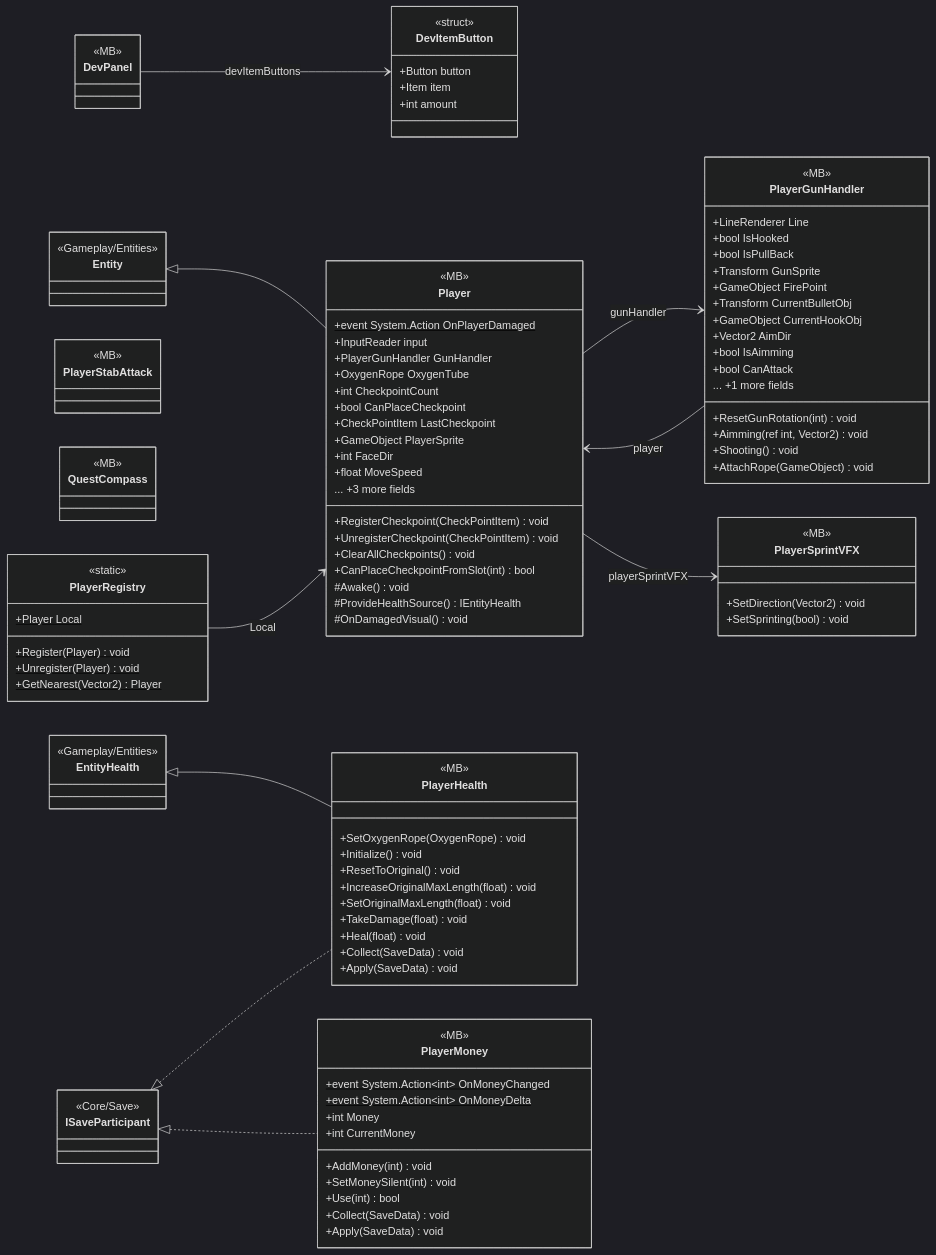
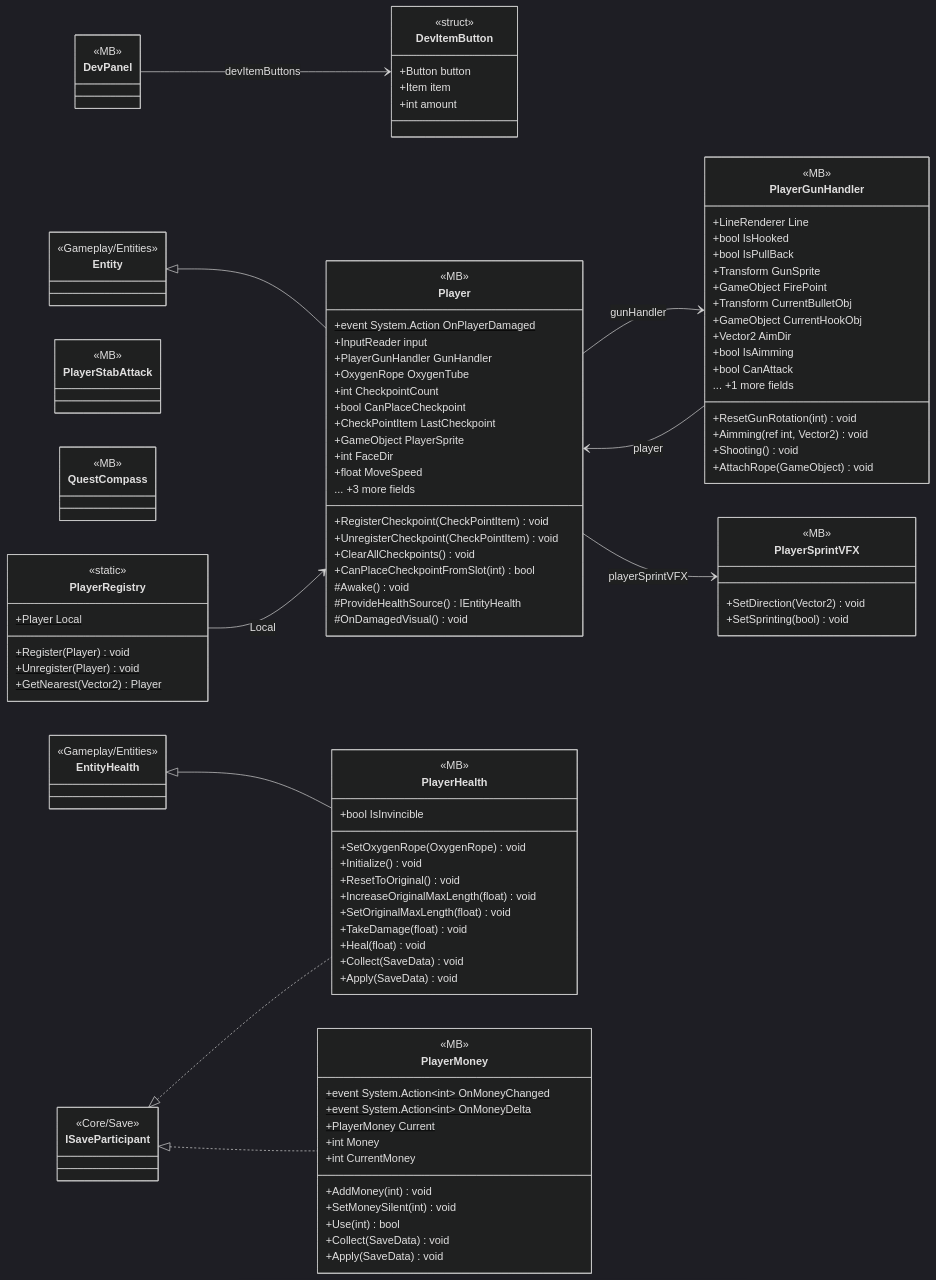
The diagram in docs/uml/modules/Gameplay_Entities_Players.md (PhumipatWave/project-ocean), drawn with Mermaid (dark theme) before and after one commit. The commit also changed other lines of this file and 65 other files, not shown here.

```diff
--- a/docs/uml/modules/Gameplay_Entities_Players.md
+++ b/docs/uml/modules/Gameplay_Entities_Players.md
@@ -57,6 +57,7 @@
   }
   class PlayerHealth {
     <<MB>>
+    +bool IsInvincible
     +SetOxygenRope(OxygenRope) void
     +Initialize() void
     +ResetToOriginal() void
@@ -71,6 +72,7 @@
     <<MB>>
     +event System.Action~int~ OnMoneyChanged$
     +event System.Action~int~ OnMoneyDelta$
+    +PlayerMoney Current$
     +int Money
     +int CurrentMoney
     +AddMoney(int) void
```
